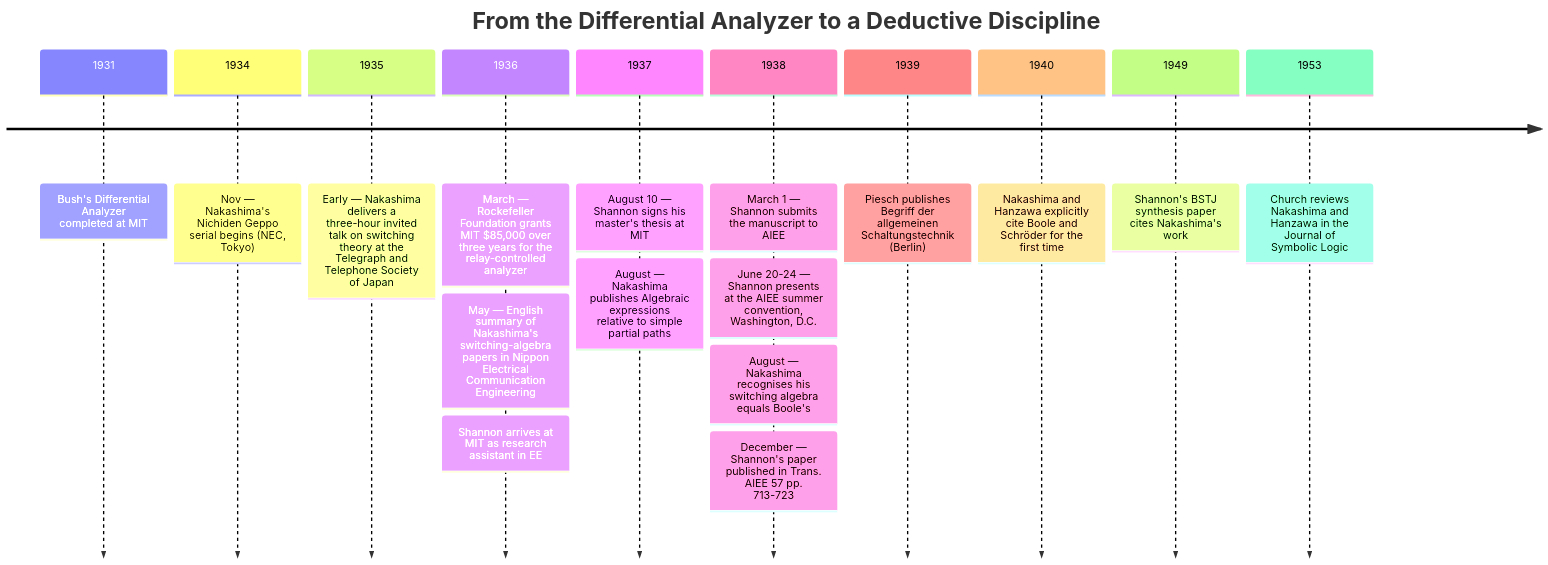
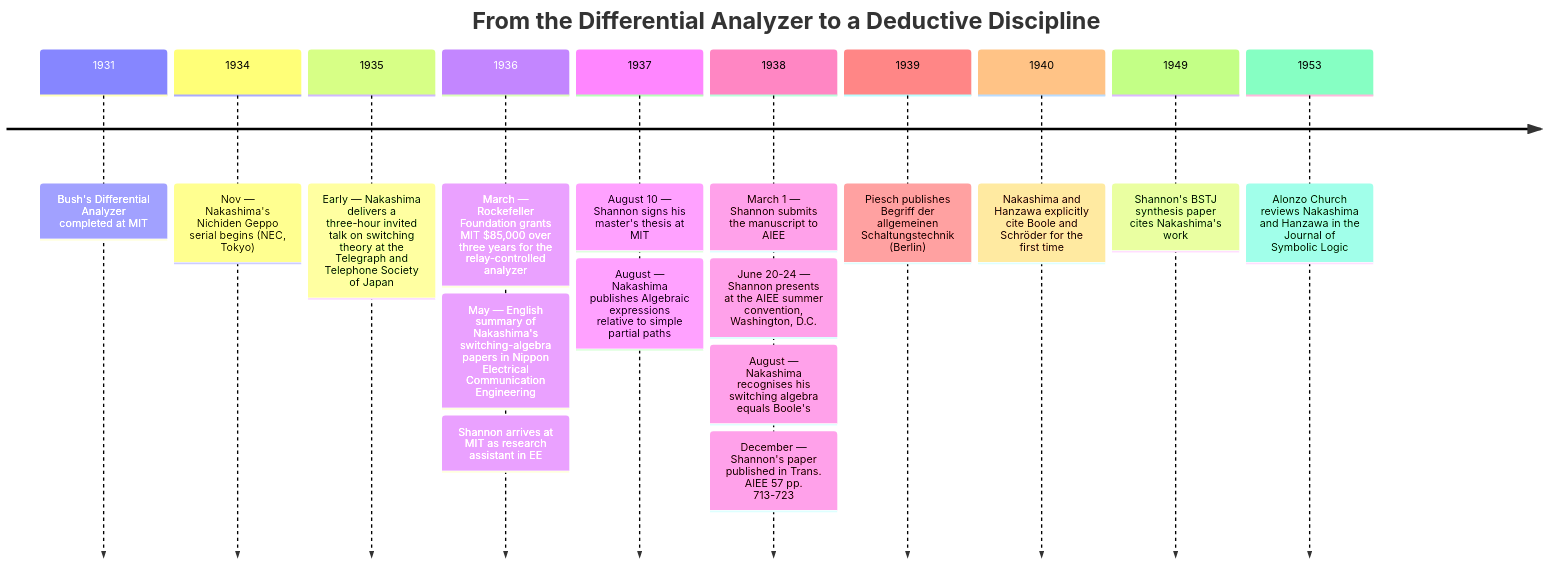
The diagram in src/content/docs/ai-history/ch-03-the-physical-bridge.md (kube-dojo/kube-dojo), drawn with Mermaid before and after one commit. The commit also changed other lines of this file, not shown here.

````diff
--- a/src/content/docs/ai-history/ch-03-the-physical-bridge.md
+++ b/src/content/docs/ai-history/ch-03-the-physical-bridge.md
@@ -29,20 +29,20 @@
 ```mermaid
 timeline
     title From the Differential Analyzer to a Deductive Discipline
     1931 : Bush's Differential Analyzer completed at MIT
     1934 : Nov — Nakashima's Nichiden Geppo serial begins (NEC, Tokyo)
     1935 : Early — Nakashima delivers a three-hour invited talk on switching theory at the Telegraph and Telephone Society of Japan
     1936 : March — Rockefeller Foundation grants MIT $85,000 over three years for the relay-controlled analyzer
          : May — English summary of Nakashima's switching-algebra papers in Nippon Electrical Communication Engineering
          : Shannon arrives at MIT as research assistant in EE
     1937 : August 10 — Shannon signs his master's thesis at MIT
          : August — Nakashima publishes Algebraic expressions relative to simple partial paths
     1938 : March 1 — Shannon submits the manuscript to AIEE
          : June 20-24 — Shannon presents at the AIEE summer convention, Washington, D.C.
          : August — Nakashima recognises his switching algebra equals Boole's
          : December — Shannon's paper published in Trans. AIEE 57 pp. 713-723
     1939 : Piesch publishes Begriff der allgemeinen Schaltungstechnik (Berlin)
     1940 : Nakashima and Hanzawa explicitly cite Boole and Schröder for the first time
     1949 : Shannon's BSTJ synthesis paper cites Nakashima's work
-    1953 : Church reviews Nakashima and Hanzawa in the Journal of Symbolic Logic
+    1953 : Alonzo Church reviews Nakashima and Hanzawa in the Journal of Symbolic Logic
 ```
````
